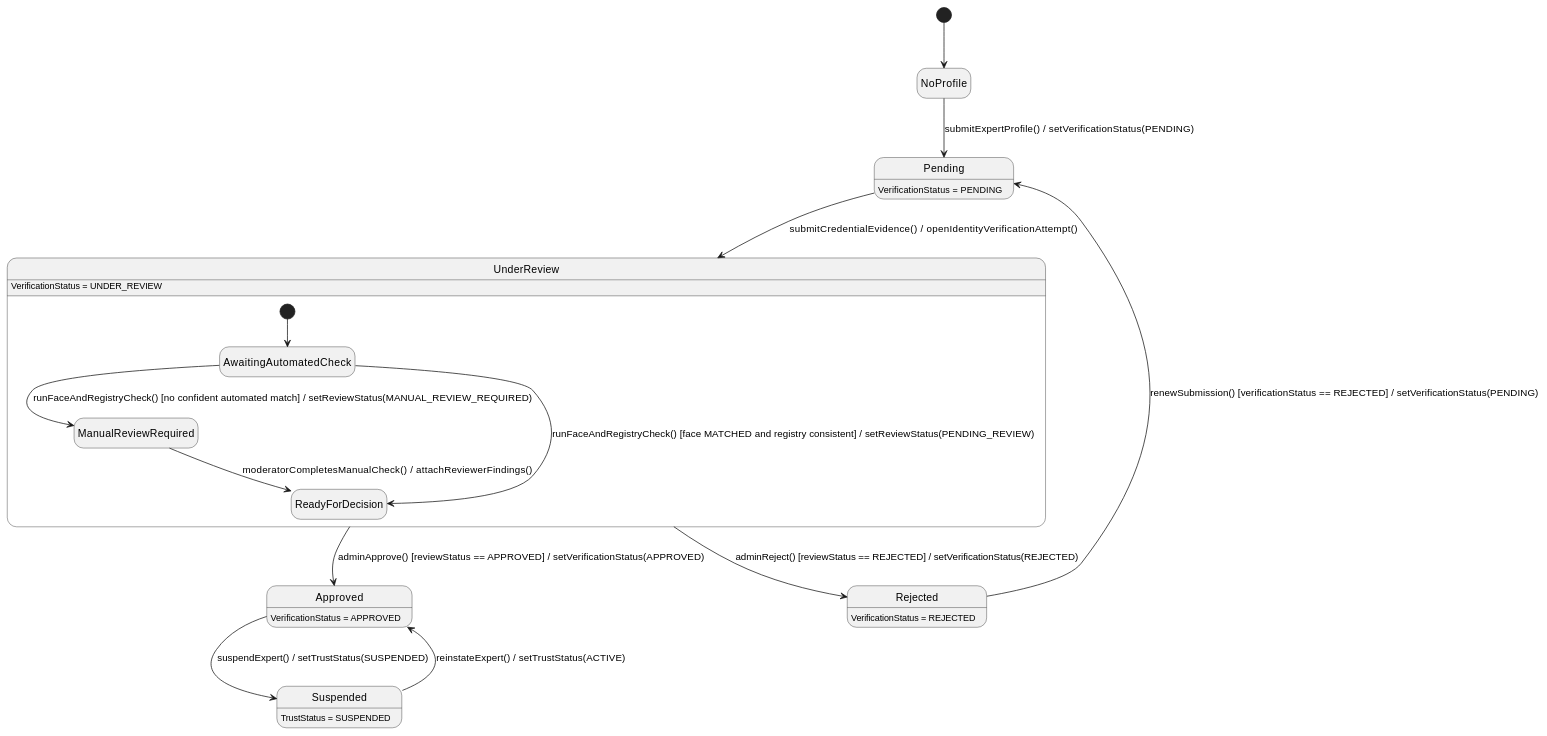
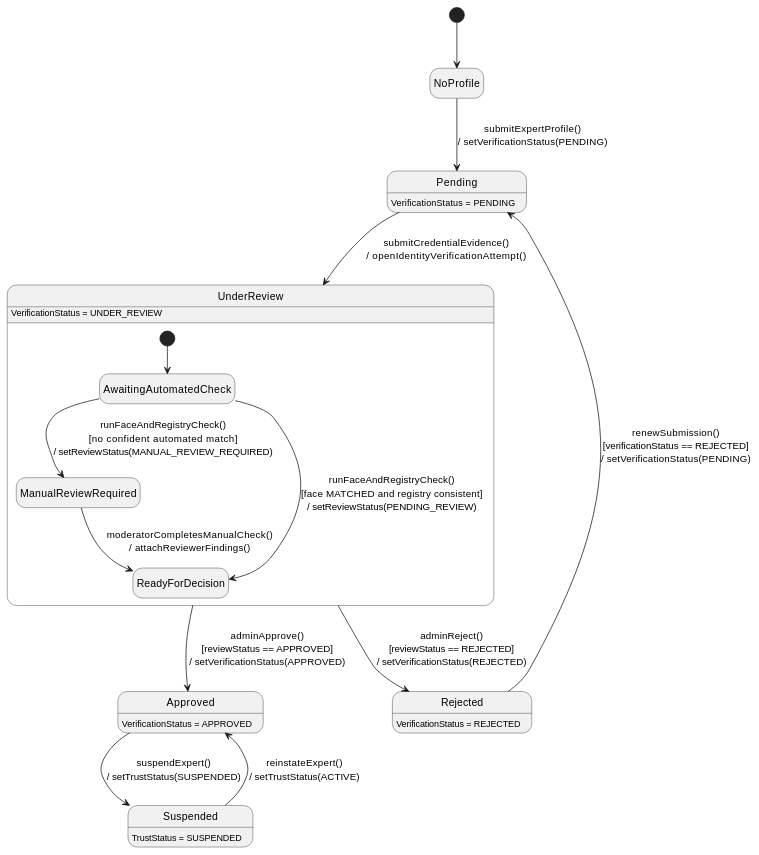
Before and after one commit to ChuongBDHE172784/CareBridge_SEP490_G79: the third of 3 diagrams in 03_Design/Detailed_Design/MF05_Verified_Expert_Network/01_Expert_Onboarding_Identity_Credentials_and_Trust.md, drawn with PlantUML. The commit also changed 61 other files, not shown here.

Commit message:
docs: update detailed design documentation and state chart diagrams across all feature modules

````diff
--- a/03_Design/Detailed_Design/MF05_Verified_Expert_Network/01_Expert_Onboarding_Identity_Credentials_and_Trust.md
+++ b/03_Design/Detailed_Design/MF05_Verified_Expert_Network/01_Expert_Onboarding_Identity_Credentials_and_Trust.md
@@ -444,27 +444,27 @@
 ```plantuml
 @startuml StateChartDiagram_01ExpertOnboardingIdentityCredentialsandTrust
 hide empty description
 [*] --> NoProfile
 
-NoProfile --> Pending : submitExpertProfile() / setVerificationStatus(PENDING)
-Pending --> UnderReview : submitCredentialEvidence() / openIdentityVerificationAttempt()
-UnderReview --> Approved : adminApprove() [reviewStatus == APPROVED] / setVerificationStatus(APPROVED)
-UnderReview --> Rejected : adminReject() [reviewStatus == REJECTED] / setVerificationStatus(REJECTED)
-Rejected --> Pending : renewSubmission() [verificationStatus == REJECTED] / setVerificationStatus(PENDING)
-Approved --> Suspended : suspendExpert() / setTrustStatus(SUSPENDED)
-Suspended --> Approved : reinstateExpert() / setTrustStatus(ACTIVE)
+NoProfile --> Pending : submitExpertProfile()\n/ setVerificationStatus(PENDING)
+Pending --> UnderReview : submitCredentialEvidence()\n/ openIdentityVerificationAttempt()
+UnderReview --> Approved : adminApprove()\n[reviewStatus == APPROVED]\n/ setVerificationStatus(APPROVED)
+UnderReview --> Rejected : adminReject()\n[reviewStatus == REJECTED]\n/ setVerificationStatus(REJECTED)
+Rejected --> Pending : renewSubmission()\n[verificationStatus == REJECTED]\n/ setVerificationStatus(PENDING)
+Approved --> Suspended : suspendExpert()\n/ setTrustStatus(SUSPENDED)
+Suspended --> Approved : reinstateExpert()\n/ setTrustStatus(ACTIVE)
 
 state UnderReview {
   [*] --> AwaitingAutomatedCheck
-  AwaitingAutomatedCheck --> ManualReviewRequired : runFaceAndRegistryCheck() [no confident automated match] / setReviewStatus(MANUAL_REVIEW_REQUIRED)
-  AwaitingAutomatedCheck --> ReadyForDecision : runFaceAndRegistryCheck() [face MATCHED and registry consistent] / setReviewStatus(PENDING_REVIEW)
-  ManualReviewRequired --> ReadyForDecision : moderatorCompletesManualCheck() / attachReviewerFindings()
+  AwaitingAutomatedCheck --> ManualReviewRequired : runFaceAndRegistryCheck()\n[no confident automated match]\n/ setReviewStatus(MANUAL_REVIEW_REQUIRED)
+  AwaitingAutomatedCheck --> ReadyForDecision : runFaceAndRegistryCheck()\n[face MATCHED and registry consistent]\n/ setReviewStatus(PENDING_REVIEW)
+  ManualReviewRequired --> ReadyForDecision : moderatorCompletesManualCheck()\n/ attachReviewerFindings()
 }
 
 Pending : VerificationStatus = PENDING
 UnderReview : VerificationStatus = UNDER_REVIEW
 Approved : VerificationStatus = APPROVED
 Rejected : VerificationStatus = REJECTED
 Suspended : TrustStatus = SUSPENDED
 @enduml
 ```
````
